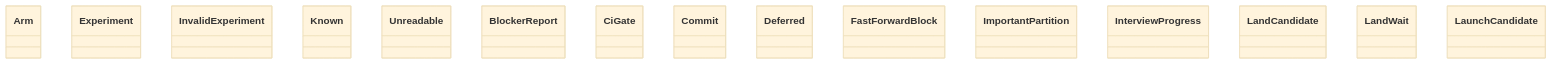
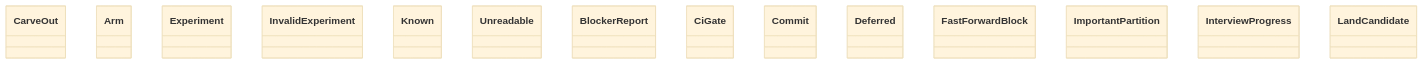
One commit to GonzaloZevallos/agentic-system changed the diagram in docs/architecture/generated/classes-process-domain-state-1.md. Above: the diagram before and after it, drawn with Mermaid (base theme). The commit also changed other lines of this file and 29 other files, not shown here.

First line of the commit message:
Add pure carve-out rules, glossary term and ADR-0093 addendum

````diff
--- a/docs/architecture/generated/classes-process-domain-state-1.md
+++ b/docs/architecture/generated/classes-process-domain-state-1.md
@@ -26,18 +27,17 @@
 ```mermaid
 classDiagram
+    class carve_out__CarveOut["CarveOut"]
     class experiment__Arm["Arm"]
     class experiment__Experiment["Experiment"]
     class experiment__InvalidExperiment["InvalidExperiment"]
     class lead_time__Known["Known"]
     class lead_time__Unreadable["Unreadable"]
     class rules__BlockerReport["BlockerReport"]
     class rules__CiGate["CiGate"]
     class rules__Commit["Commit"]
     class rules__Deferred["Deferred"]
     class rules__FastForwardBlock["FastForwardBlock"]
     class rules__ImportantPartition["ImportantPartition"]
     class rules__InterviewProgress["InterviewProgress"]
     class rules__LandCandidate["LandCandidate"]
-    class rules__LandWait["LandWait"]
-    class rules__LaunchCandidate["LaunchCandidate"]
 ```
````
